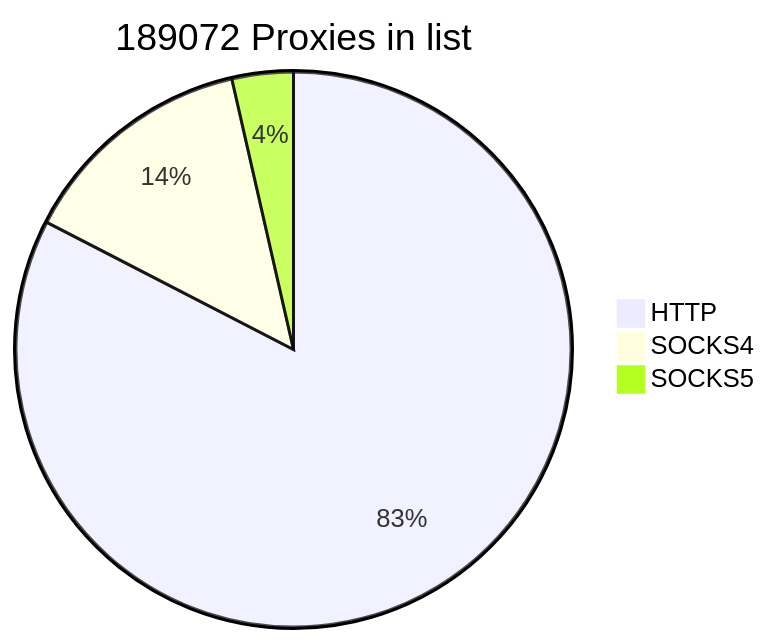
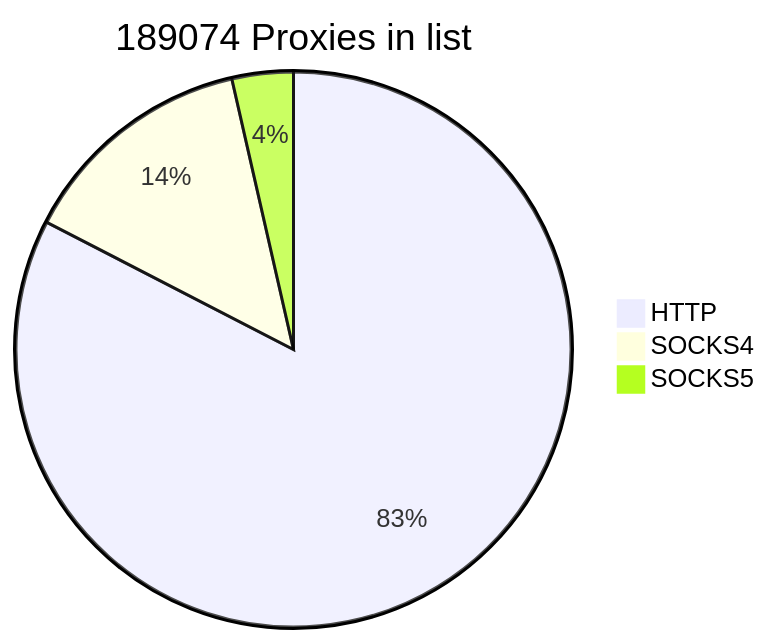
The first of 2 diagrams in README.md (cutipu/proxylist), drawn with Mermaid before and after one commit. The commit also changed other lines of this file, not shown here.

````diff
--- a/README.md
+++ b/README.md
@@ -9,7 +9,7 @@
 ```mermaid
-pie title 189072 Proxies in list
-    "HTTP" : 156132
+pie title 189074 Proxies in list
+    "HTTP" : 156134
     "SOCKS4" : 26196
     "SOCKS5" : 6744
             
 ```
````
